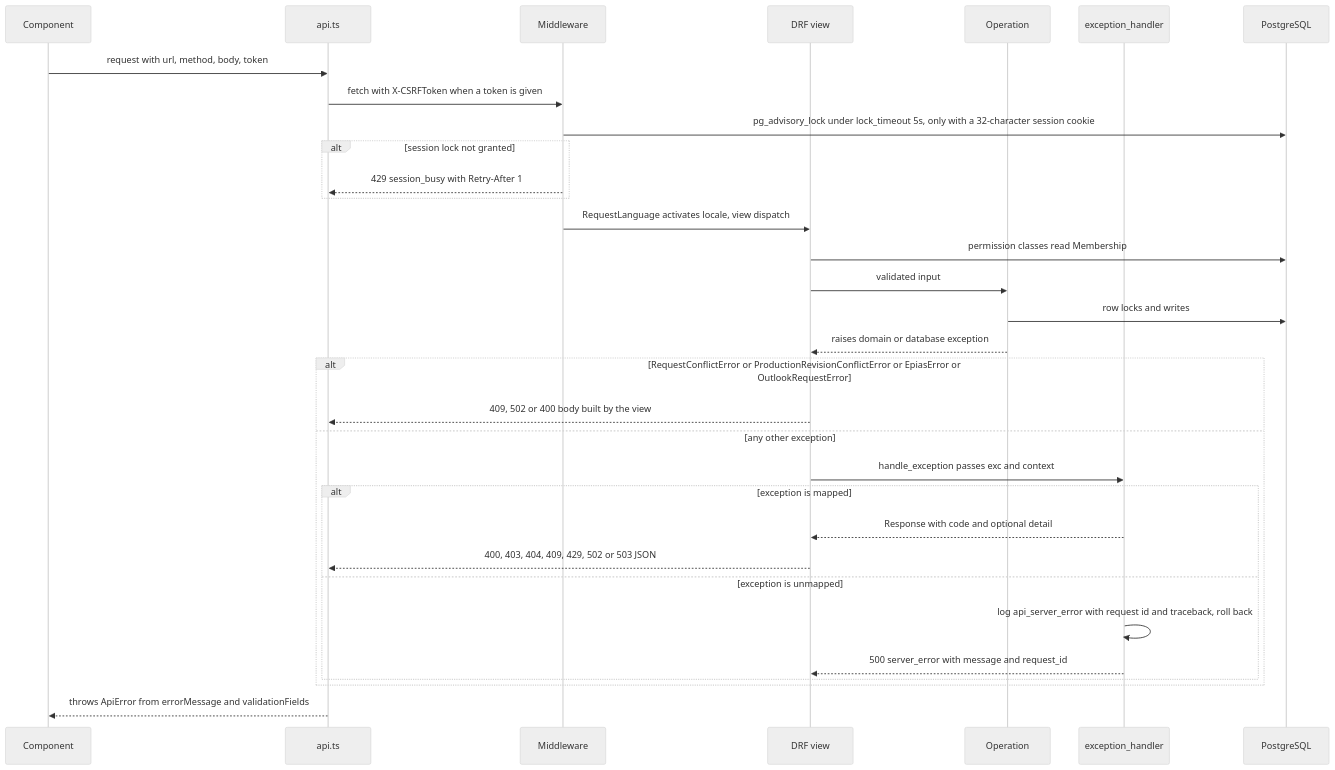
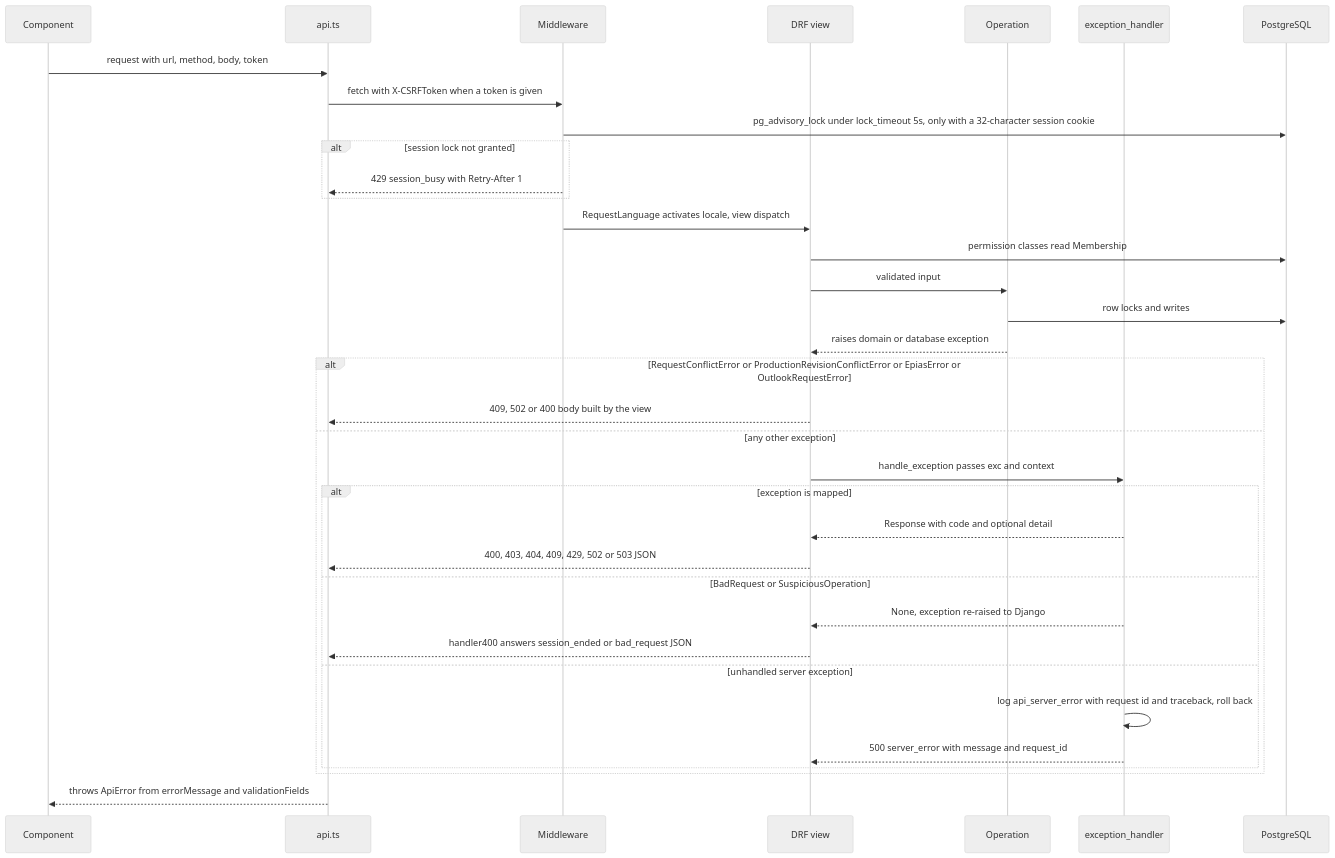
Before and after one commit to erkurtharun/pyracast: the diagram in docs/flows/api-error-contract.md, drawn with Mermaid (neutral theme). The commit also changed other lines of this file and 9 other files, not shown here.

````diff
--- a/docs/flows/api-error-contract.md
+++ b/docs/flows/api-error-contract.md
@@ -15,34 +15,37 @@
 ```mermaid
 sequenceDiagram
     participant U as Component
     participant C as api.ts
     participant M as Middleware
     participant V as DRF view
     participant O as Operation
     participant H as exception_handler
     participant D as PostgreSQL
     U->>C: request with url, method, body, token
     C->>M: fetch with X-CSRFToken when a token is given
     M->>D: pg_advisory_lock under lock_timeout 5s, only with a 32-character session cookie
     alt session lock not granted
         M-->>C: 429 session_busy with Retry-After 1
     end
     M->>V: RequestLanguage activates locale, view dispatch
     V->>D: permission classes read Membership
     V->>O: validated input
     O->>D: row locks and writes
     O-->>V: raises domain or database exception
     alt RequestConflictError or ProductionRevisionConflictError or EpiasError or OutlookRequestError
         V-->>C: 409, 502 or 400 body built by the view
     else any other exception
         V->>H: handle_exception passes exc and context
         alt exception is mapped
             H-->>V: Response with code and optional detail
             V-->>C: 400, 403, 404, 409, 429, 502 or 503 JSON
-        else exception is unmapped
+        else BadRequest or SuspiciousOperation
+            H-->>V: None, exception re-raised to Django
+            V-->>C: handler400 answers session_ended or bad_request JSON
+        else unhandled server exception
             H->>H: log api_server_error with request id and traceback, roll back
             H-->>V: 500 server_error with message and request_id
         end
     end
     C-->>U: throws ApiError from errorMessage and validationFields
 ```
````
